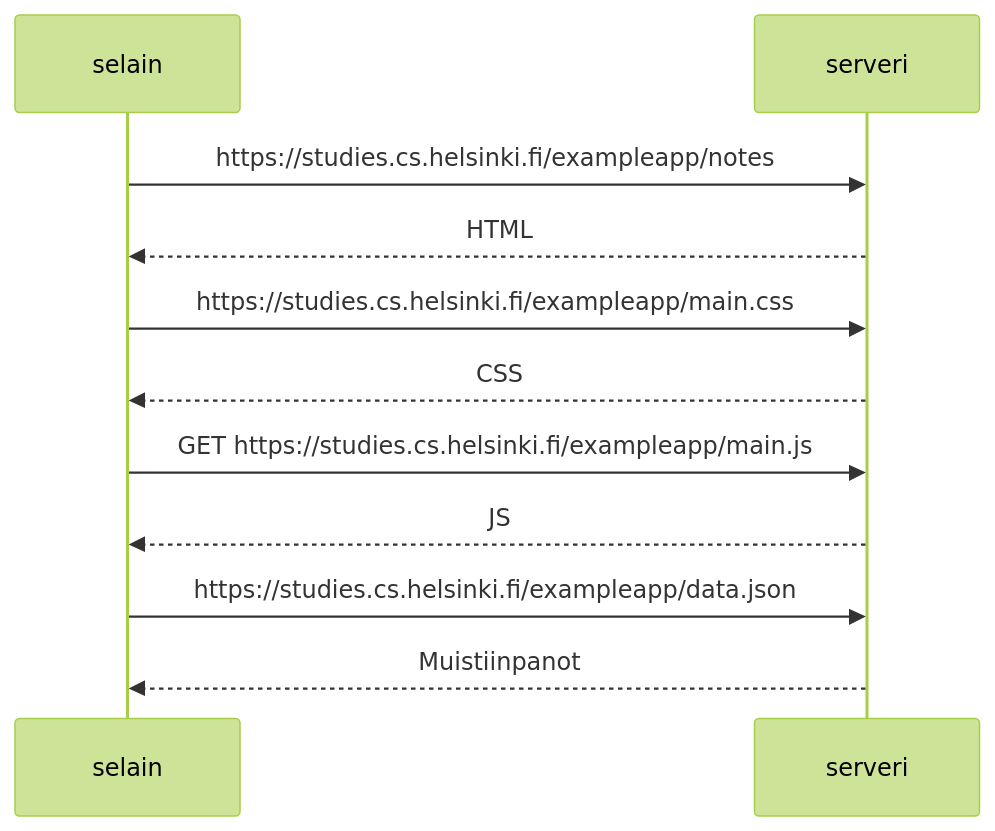
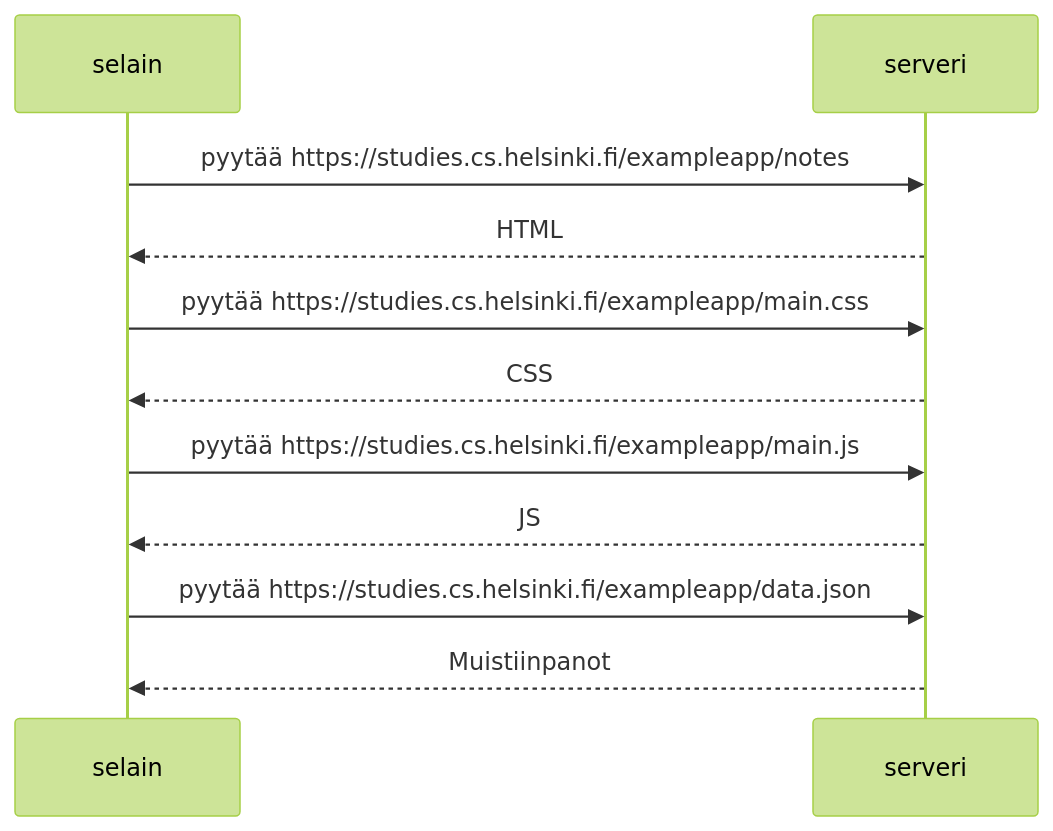
The diagram in Web-sovellusten-toimintaperiaatteet/README.md (Robsoni99/Ohjelmointi-2-vuosi), drawn with Mermaid (forest theme) before and after one commit.

````diff
--- a/Web-sovellusten-toimintaperiaatteet/README.md
+++ b/Web-sovellusten-toimintaperiaatteet/README.md
@@ -1,17 +1,17 @@
 ```mermaid
 sequenceDiagram
     participant selain
     participant serveri
     
-    selain->>serveri: https://studies.cs.helsinki.fi/exampleapp/notes
+    selain->>serveri: pyytää https://studies.cs.helsinki.fi/exampleapp/notes
     serveri-->>selain: HTML
     
-    selain->>serveri: https://studies.cs.helsinki.fi/exampleapp/main.css
+    selain->>serveri: pyytää https://studies.cs.helsinki.fi/exampleapp/main.css
     serveri-->>selain: CSS
     
-    selain->>serveri: GET https://studies.cs.helsinki.fi/exampleapp/main.js
+    selain->>serveri: pyytää https://studies.cs.helsinki.fi/exampleapp/main.js
     serveri-->>selain: JS
         
-    selain->>serveri: https://studies.cs.helsinki.fi/exampleapp/data.json
+    selain->>serveri: pyytää https://studies.cs.helsinki.fi/exampleapp/data.json
     serveri-->>selain: Muistiinpanot
 ```
````
